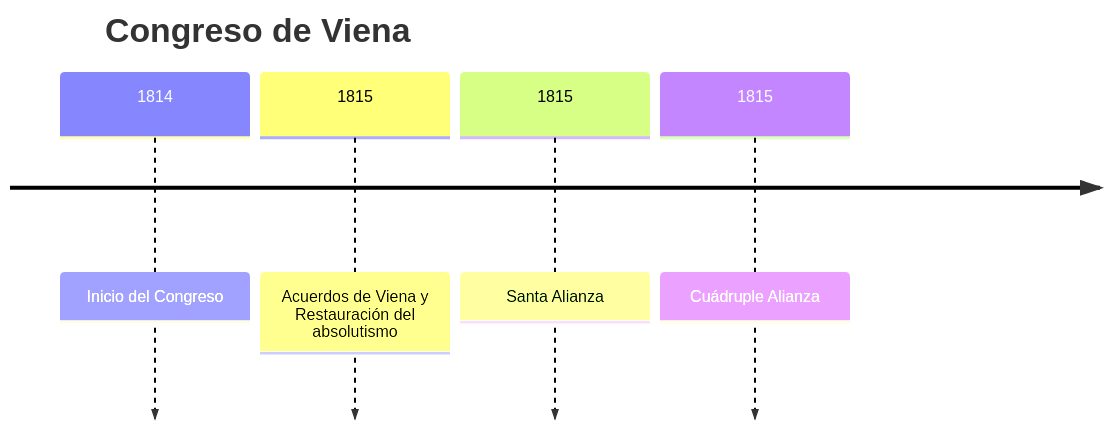
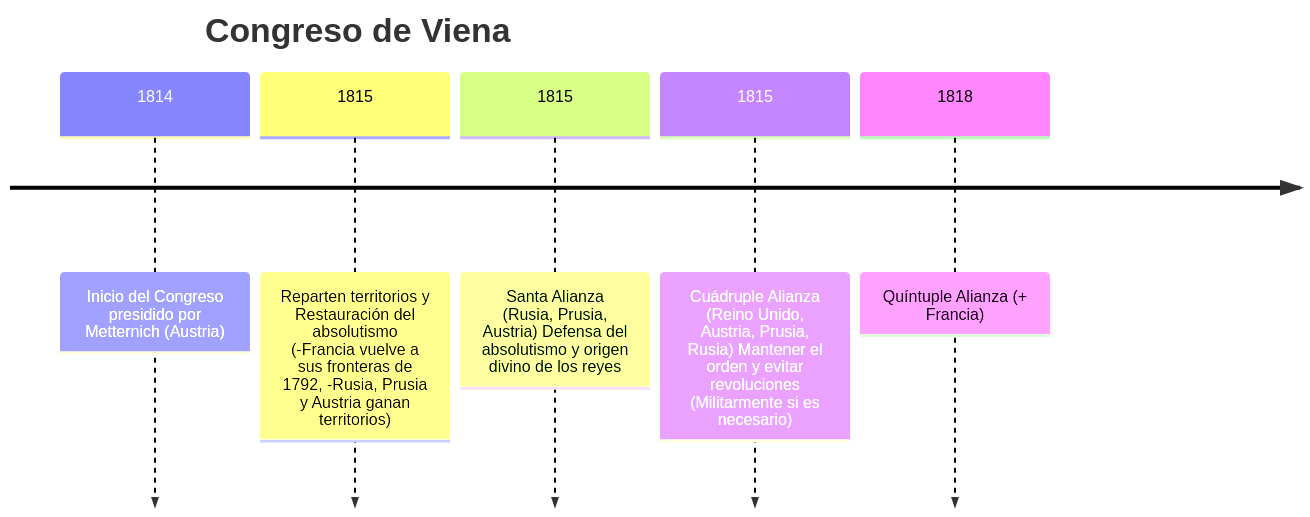
Before and after one commit to ajab138/OscarColegio: the sixth of 10 diagrams in Historia y Geografia/Tema2. Las revoluciones liberales.md, drawn with Mermaid. The commit also changed other lines of this file, not shown here.

````diff
--- a/Historia y Geografia/Tema2. Las revoluciones liberales.md
+++ b/Historia y Geografia/Tema2. Las revoluciones liberales.md
@@ -120,8 +68,9 @@
 ```mermaid
 timeline
   title Congreso de Viena
-  1814 : Inicio del Congreso
-  1815 : Acuerdos de Viena y Restauración del absolutismo
-  1815 : Santa Alianza
-  1815 : Cuádruple Alianza
+  1814 : Inicio del Congreso presidido por Metternich (Austria)
+  1815 : Reparten territorios y Restauración del absolutismo (-Francia vuelve a sus fronteras de 1792, -Rusia, Prusia y Austria ganan territorios)
+  1815 : Santa Alianza (Rusia, Prusia, Austria) Defensa del absolutismo y origen divino de los reyes
+  1815 : Cuádruple Alianza (Reino Unido, Austria, Prusia, Rusia) Mantener el orden y evitar revoluciones (Militarmente si es necesario)
+  1818 : Quíntuple Alianza (+ Francia)
 ```
````
